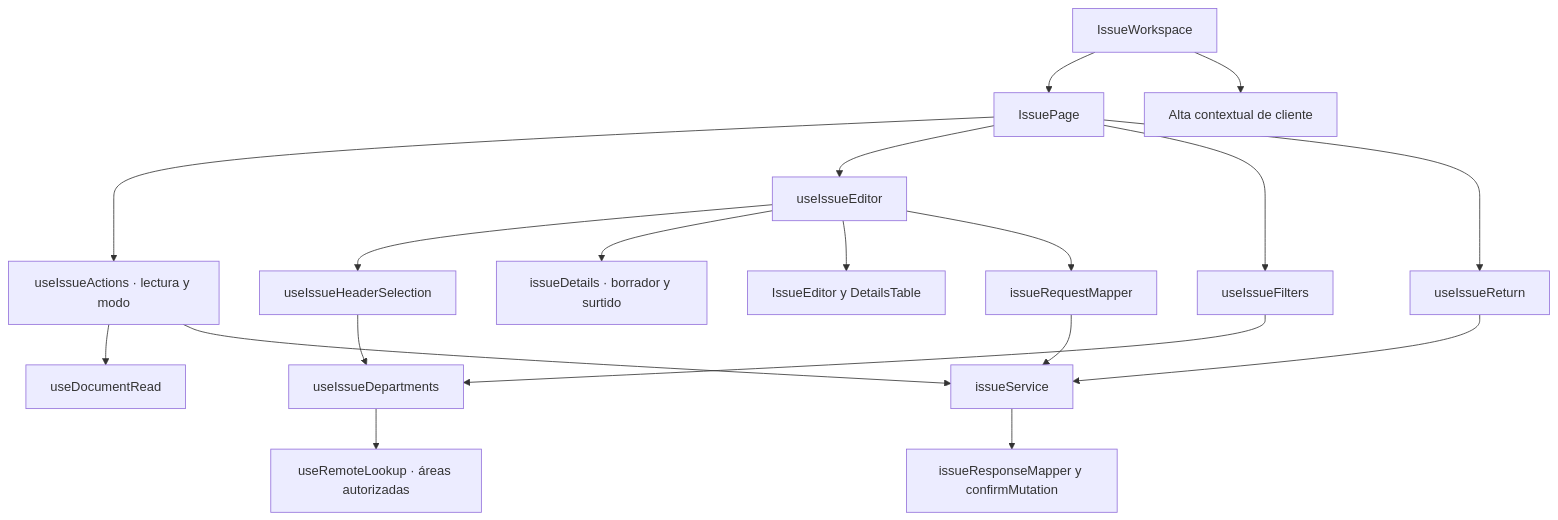
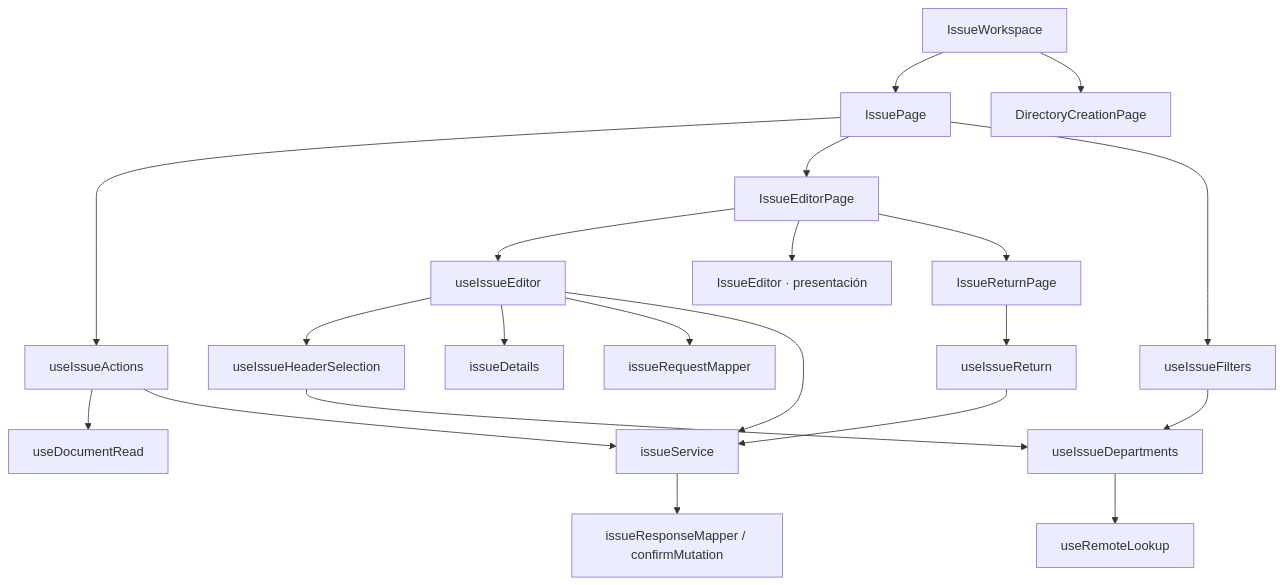
The diagram in front/docs/architecture/views/logical/components/07-issues.md (gpgsistemas01/nexus), drawn with Mermaid before and after one commit. The commit also changed other lines of this file and 227 other files, not shown here.

````diff
--- a/front/docs/architecture/views/logical/components/07-issues.md
+++ b/front/docs/architecture/views/logical/components/07-issues.md
@@ -7,21 +9,23 @@
 ```mermaid
 flowchart TB
     workspace["IssueWorkspace"] --> page["IssuePage"]
-    workspace --> client["Alta contextual de cliente"]
-    page --> actions["useIssueActions · lectura y modo"]
+    workspace --> client["DirectoryCreationPage"]
+    page --> actions["useIssueActions"]
     actions --> read["useDocumentRead"]
-    page --> editor["useIssueEditor"]
+    page --> editorPage["IssueEditorPage"]
+    editorPage --> editor["useIssueEditor"]
+    editorPage --> view["IssueEditor · presentación"]
+    editorPage --> returnPage["IssueReturnPage"]
+    returnPage --> returns["useIssueReturn"]
     editor --> header["useIssueHeaderSelection"]
     page --> filters["useIssueFilters"]
     header --> departments["useIssueDepartments"]
     filters --> departments
-    departments --> lookup["useRemoteLookup · áreas autorizadas"]
-    editor --> draft["issueDetails · borrador y surtido"]
-    editor --> view["IssueEditor y DetailsTable"]
-    page --> returns["useIssueReturn"]
+    departments --> lookup["useRemoteLookup"]
+    editor --> draft["issueDetails"]
     editor --> mapper["issueRequestMapper"]
-    mapper --> service["issueService"]
+    editor --> service["issueService"]
     returns --> service
     actions --> service
-    service --> response["issueResponseMapper y confirmMutation"]
+    service --> response["issueResponseMapper / confirmMutation"]
 ```
````
